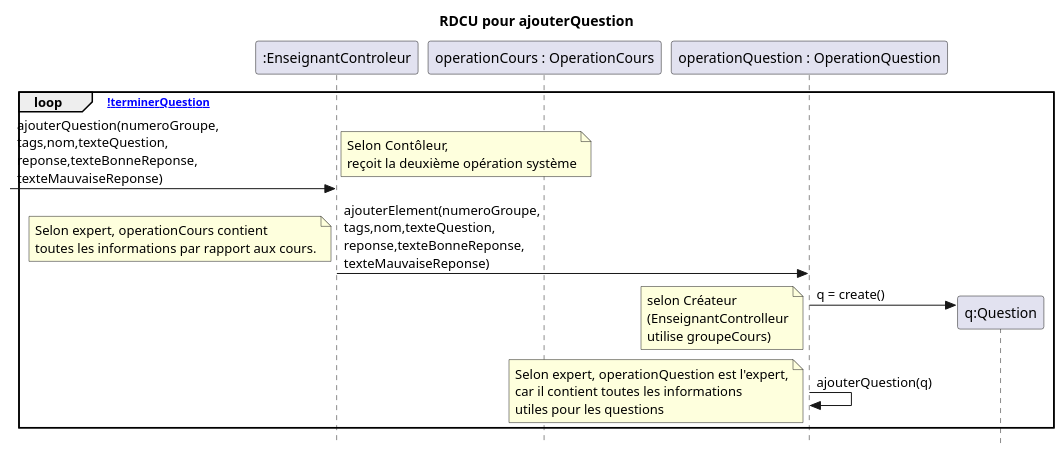
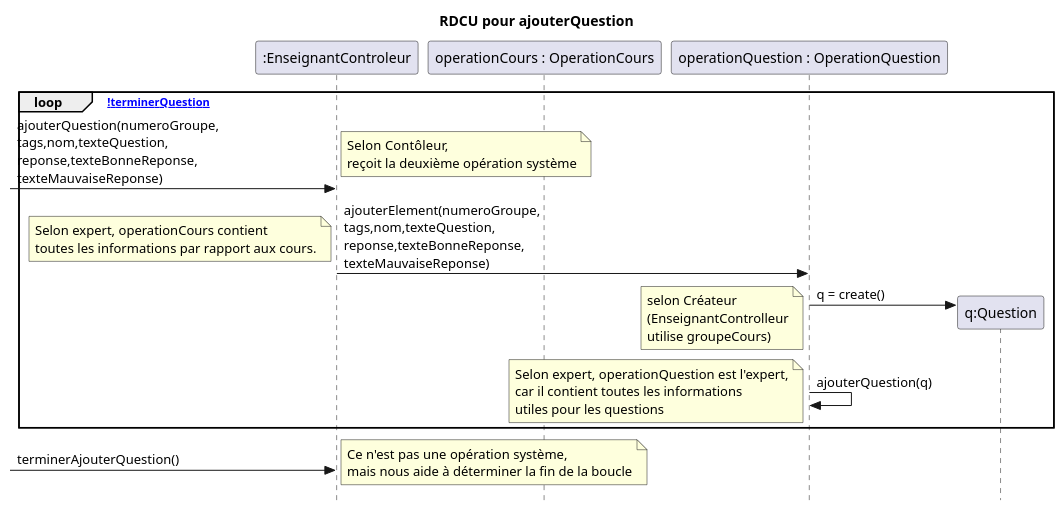
Before and after one commit to nerdz88/SGA-TS: the third of 4 diagrams in docs/Ajouter question/RDCU_Ajouter_Question.puml, drawn with PlantUML. The commit also changed other lines of this file and 5 other files, not shown here.

```diff
--- a/docs/Ajouter question/RDCU_Ajouter_Question.puml
+++ b/docs/Ajouter question/RDCU_Ajouter_Question.puml
@@ -45,20 +45,22 @@
 @startuml ajouterQuestionFinal
 skinparam style strictuml
 skinparam defaultfontname Verdana
 title RDCU pour ajouterQuestion
 participant ":EnseignantControleur" as sga
 participant "operationCours : OperationCours" as opCours
 participant "operationQuestion : OperationQuestion" as opQuestion
 participant "q:Question" as question
 loop [!terminerQuestion]
 -> sga : ajouterQuestion(numeroGroupe,\ntags,nom,texteQuestion,\nreponse,texteBonneReponse,\ntexteMauvaiseReponse)
  note left : Selon Contôleur,\nreçoit la deuxième opération système 
   sga->opQuestion : ajouterElement(numeroGroupe,\ntags,nom,texteQuestion,\nreponse,texteBonneReponse,\ntexteMauvaiseReponse)
   note left :Selon expert, operationCours contient\ntoutes les informations par rapport aux cours.
   create question
   opQuestion->question : q = create()
   note left : selon Créateur\n(EnseignantControlleur\nutilise groupeCours)
   opQuestion->opQuestion : ajouterQuestion(q)
   note left : Selon expert, operationQuestion est l'expert,\ncar il contient toutes les informations\nutiles pour les questions
 end
+-> sga : terminerAjouterQuestion()
+note left : Ce n'est pas une opération système, \nmais nous aide à déterminer la fin de la boucle
 @enduml
```
